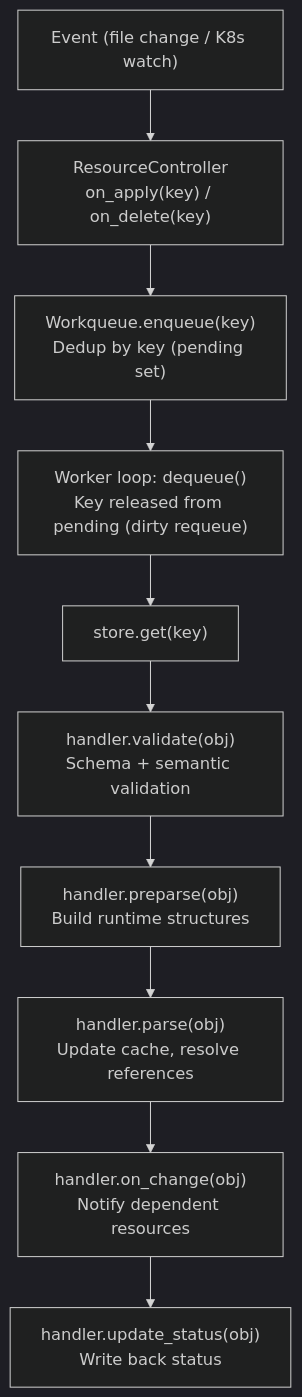
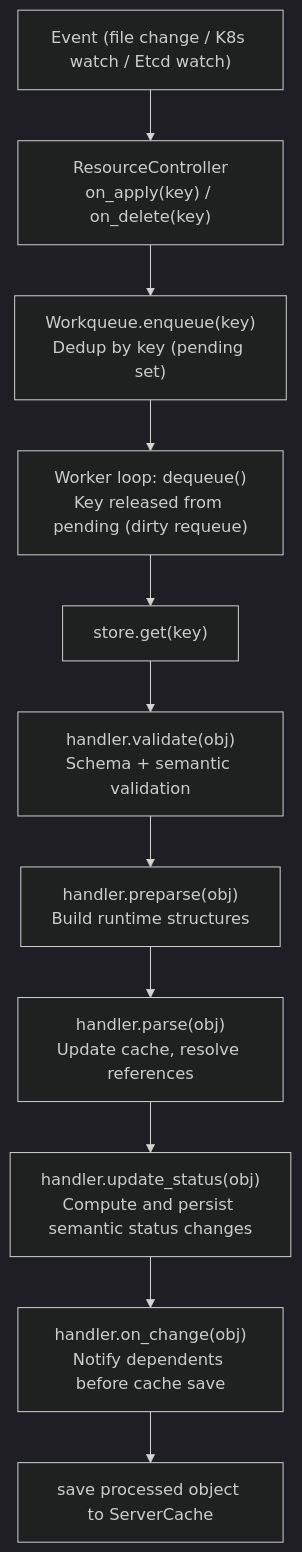
Before and after one commit to Pandaala/Edgion: the first of 2 diagrams in skills/01-architecture/01-controller/03-config-center/00-overview.md, drawn with Mermaid (dark theme). The commit also changed other lines of this file and 2559 other files, not shown here.

````diff
--- a/skills/01-architecture/01-controller/03-config-center/00-overview.md
+++ b/skills/01-architecture/01-controller/03-config-center/00-overview.md
@@ -43,12 +42,13 @@
 ```mermaid
 flowchart TD
-    A["Event (file change / K8s watch)"] --> B["ResourceController\non_apply(key) / on_delete(key)"]
+    A["Event (file change / K8s watch / Etcd watch)"] --> B["ResourceController\non_apply(key) / on_delete(key)"]
     B --> C["Workqueue.enqueue(key)\nDedup by key (pending set)"]
     C --> D["Worker loop: dequeue()\nKey released from pending (dirty requeue)"]
     D --> E["store.get(key)"]
     E --> F["handler.validate(obj)\nSchema + semantic validation"]
     F --> G["handler.preparse(obj)\nBuild runtime structures"]
     G --> H["handler.parse(obj)\nUpdate cache, resolve references"]
-    H --> I["handler.on_change(obj)\nNotify dependent resources"]
-    I --> J["handler.update_status(obj)\nWrite back status"]
+    H --> I["handler.update_status(obj)\nCompute and persist semantic status changes"]
+    I --> J["handler.on_change(obj)\nNotify dependents before cache save"]
+    J --> K["save processed object to ServerCache"]
 ```
````
